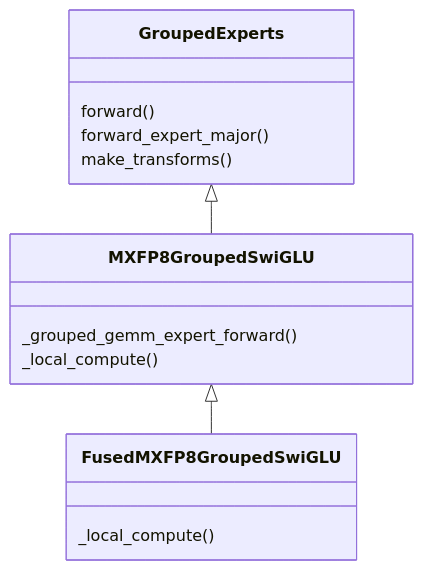
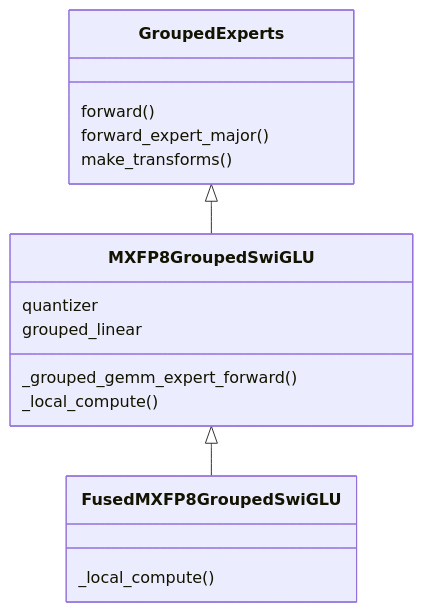
The third of 6 diagrams in docs/guide/module_family_implementation.md (yooooo00/hyper-parallel-fork), drawn with Mermaid before and after one commit. The commit also changed other lines of this file, not shown here.

````diff
--- a/docs/guide/module_family_implementation.md
+++ b/docs/guide/module_family_implementation.md
@@ -203,17 +180,19 @@
 ```mermaid
 classDiagram
     GroupedExperts <|-- MXFP8GroupedSwiGLU
     MXFP8GroupedSwiGLU <|-- FusedMXFP8GroupedSwiGLU
     class GroupedExperts {
         forward()
         forward_expert_major()
         make_transforms()
     }
     class MXFP8GroupedSwiGLU {
+        quantizer
+        grouped_linear
         _grouped_gemm_expert_forward()
         _local_compute()
     }
     class FusedMXFP8GroupedSwiGLU {
         _local_compute()
     }
 ```
````
